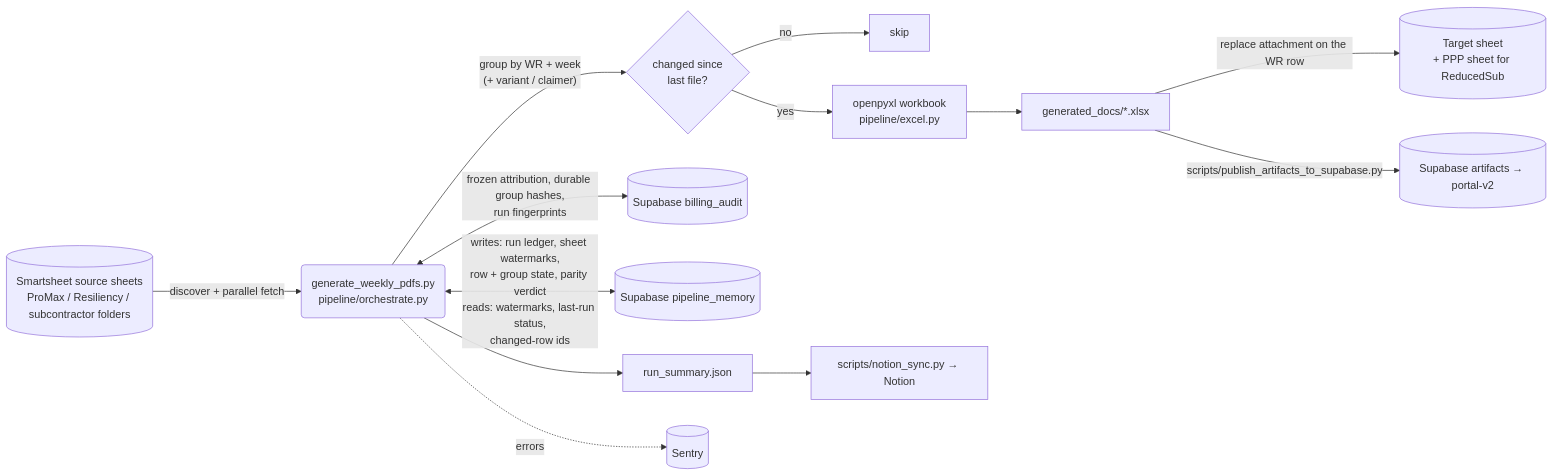
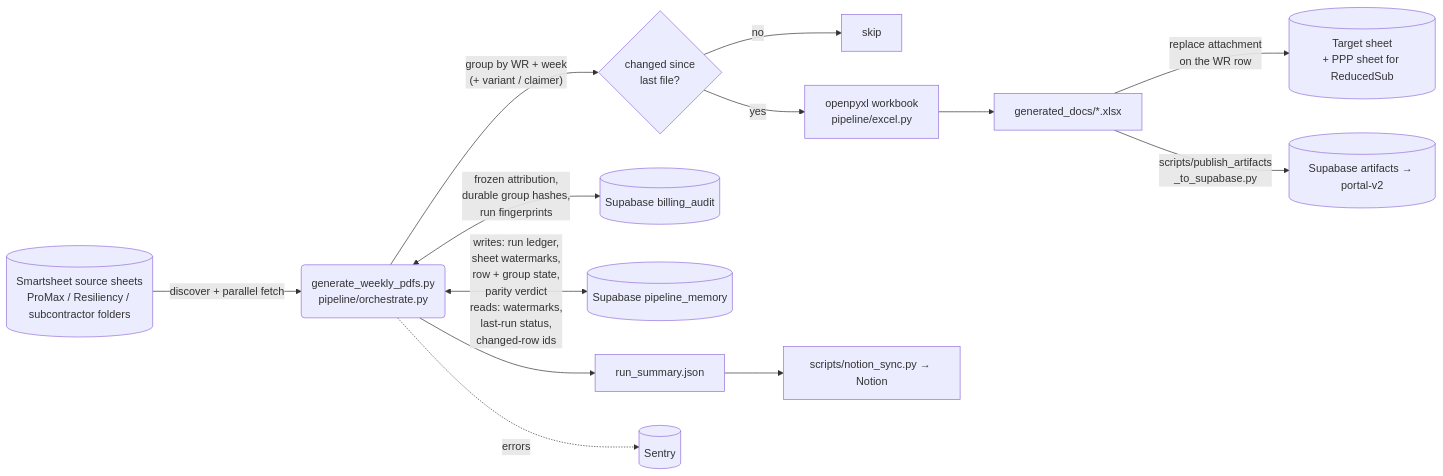
Before and after one commit to JFlo21/Generate-Weekly-PDFs-DSR-Resiliency: the diagram in website/docs/runbook/overview.md, drawn with Mermaid. The commit also changed 5 other files, not shown here.

First line of the commit message:
fix(docs): render Mermaid diagrams (#442)

````diff
--- a/website/docs/runbook/overview.md
+++ b/website/docs/runbook/overview.md
@@ -18,15 +18,15 @@
 ```mermaid
 flowchart LR
     A[(Smartsheet source sheets<br/>ProMax / Resiliency / subcontractor folders)] -->|discover + parallel fetch| B(generate_weekly_pdfs.py<br/>pipeline/orchestrate.py)
     B -->|"group by WR + week<br/>(+ variant / claimer)"| C{changed since<br/>last file?}
     C -- no --> S[skip]
     C -- yes --> D[openpyxl workbook<br/>pipeline/excel.py]
     D --> E[generated_docs/*.xlsx]
-    E -->|replace attachment on the WR row| T[(Target sheet<br/>+ PPP sheet for ReducedSub)]
-    B <-->|frozen attribution, durable group hashes,<br/>run fingerprints| BA[(Supabase billing_audit)]
-    B <-->|writes: run ledger, sheet watermarks,<br/>row + group state, parity verdict<br/>reads: watermarks, last-run status,<br/>changed-row ids| PM[(Supabase pipeline_memory)]
+    E -->|replace attachment<br/>on the WR row| T[(Target sheet<br/>+ PPP sheet for ReducedSub)]
+    B <-->|frozen attribution,<br/>durable group hashes,<br/>run fingerprints| BA[(Supabase billing_audit)]
+    B <-->|writes: run ledger,<br/>sheet watermarks,<br/>row + group state,<br/>parity verdict<br/>reads: watermarks,<br/>last-run status,<br/>changed-row ids| PM[(Supabase pipeline_memory)]
     B --> R[run_summary.json]
     R --> N[scripts/notion_sync.py → Notion]
-    E -->|scripts/publish_artifacts_to_supabase.py| PA[(Supabase artifacts → portal-v2)]
+    E -->|scripts/publish_artifacts<br/>_to_supabase.py| PA[(Supabase artifacts → portal-v2)]
     B -.errors.-> X[(Sentry)]
 ```
````
